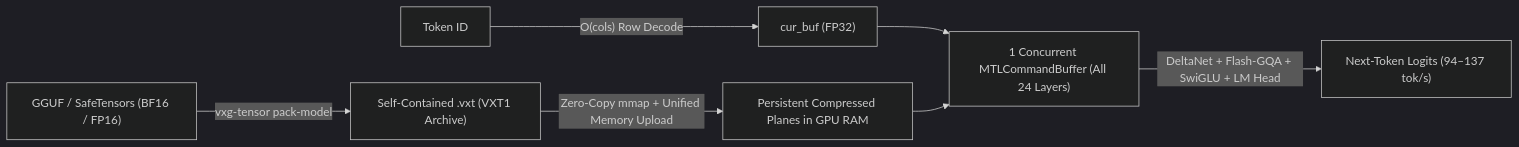
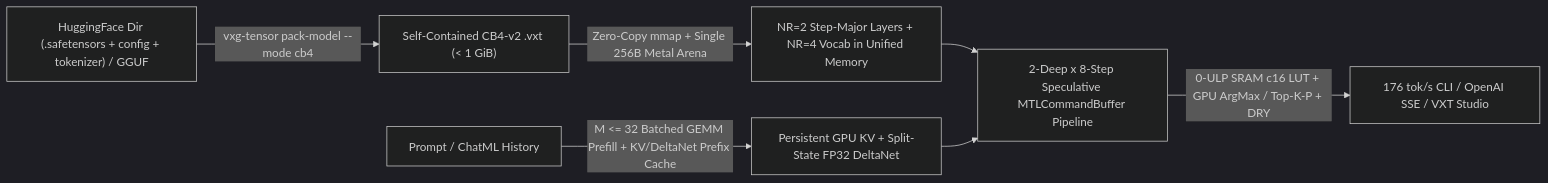
Before and after one commit to meftunca/vxg: the diagram in docs/TENSOR.md, drawn with Mermaid (dark theme). The commit also changed other lines of this file and 122 other files, not shown here.

Commit message:
feat(vxt): CB4-Fast 176 tok/s Metal engine, CB4-v2 BF16 parity, HF folder pack, OpenAI SSE server & VXT Studio

````diff
--- a/docs/TENSOR.md
+++ b/docs/TENSOR.md
@@ -24,9 +30,9 @@
 ```mermaid
 flowchart LR
-    GGUF["GGUF / SafeTensors (BF16 / FP16)"] -->|"vxg-tensor pack-model"| VXT["Self-Contained .vxt (VXT1 Archive)"]
-    VXT -->|"Zero-Copy mmap + Unified Memory Upload"| GPU["Persistent Compressed Planes in GPU RAM"]
-    TOK["Token ID"] -->|"O(cols) Row Decode"| CUR["cur_buf (FP32)"]
-    CUR --> ENC["1 Concurrent MTLCommandBuffer (All 24 Layers)"]
-    GPU --> ENC
-    ENC -->|"DeltaNet + Flash-GQA + SwiGLU + LM Head"| LOGITS["Next-Token Logits (94–137 tok/s)"]
+    SRC["HuggingFace Dir (.safetensors + config + tokenizer) / GGUF"] -->|"vxg-tensor pack-model --mode cb4"| VXT["Self-Contained CB4-v2 .vxt (< 1 GiB)"]
+    VXT -->|"Zero-Copy mmap + Single 256B Metal Arena"| GPU["NR=2 Step-Major Layers + NR=4 Vocab in Unified Memory"]
+    PROMPT["Prompt / ChatML History"] -->|"M <= 32 Batched GEMM Prefill + KV/DeltaNet Prefix Cache"| STATE["Persistent GPU KV + Split-State FP32 DeltaNet"]
+    GPU --> PIPE["2-Deep x 8-Step Speculative MTLCommandBuffer Pipeline"]
+    STATE --> PIPE
+    PIPE -->|"0-ULP SRAM c16 LUT + GPU ArgMax / Top-K-P + DRY"| STREAM["176 tok/s CLI / OpenAI SSE / VXT Studio"]
 ```
````
